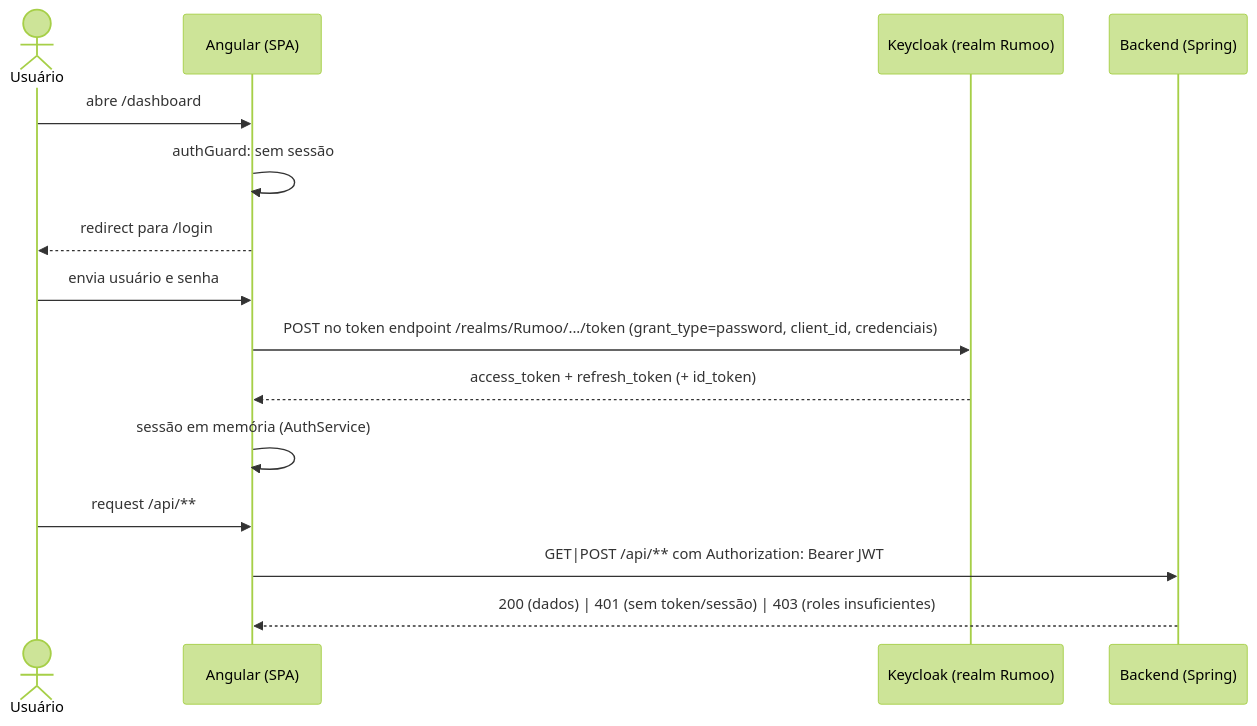
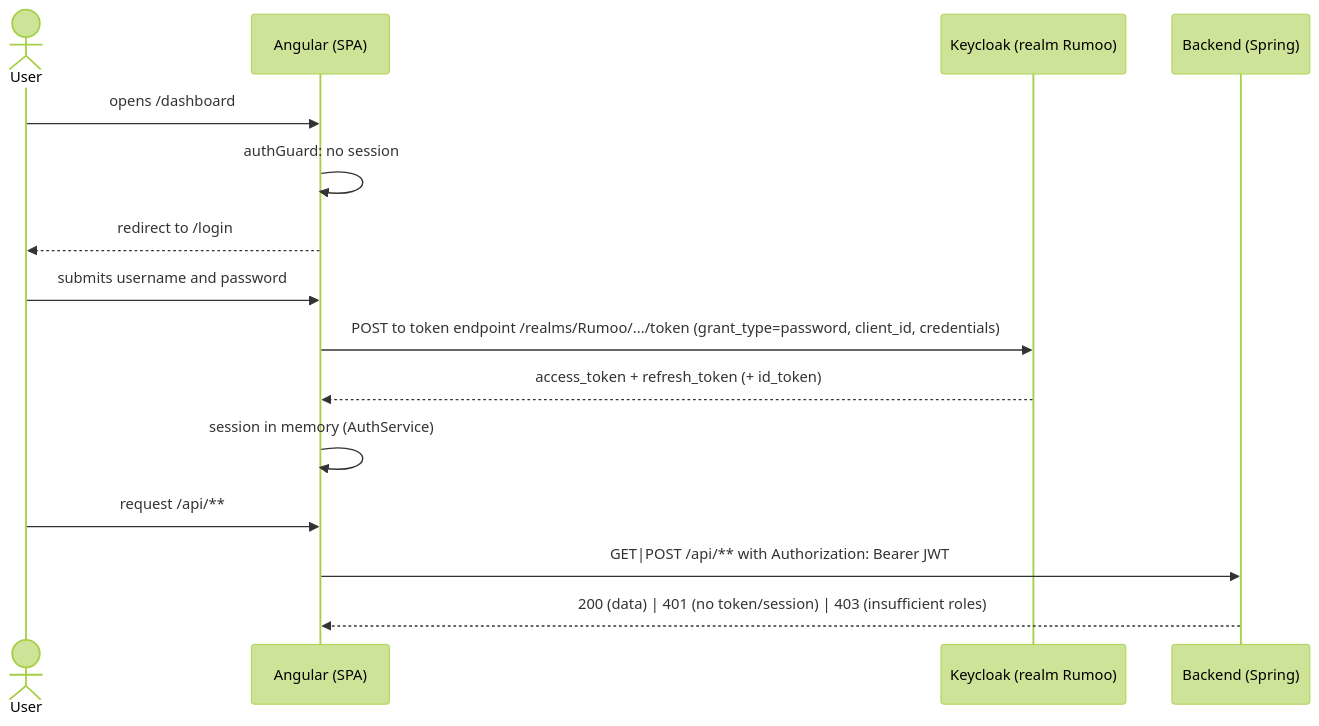
One commit to MatheusWith/Rumoo changed the second of 7 diagrams in docs/auth/authentication-authorization.md. Above: the diagram before and after it, drawn with Mermaid (forest theme). The commit also changed other lines of this file, not shown here.

First line of the commit message:
docs: translate auth reference to English and align it with routes and token contract

````diff
--- a/docs/auth/authentication-authorization.md
+++ b/docs/auth/authentication-authorization.md
@@ -138,18 +143,18 @@
 ```mermaid
 sequenceDiagram
-    actor U as Usuário
+    actor U as User
     participant SPA as Angular (SPA)
     participant KC as Keycloak (realm Rumoo)
     participant BE as Backend (Spring)
 
-    U->>SPA: abre /dashboard
-    SPA->>SPA: authGuard: sem sessão
-    SPA-->>U: redirect para /login
-    U->>SPA: envia usuário e senha
-    SPA->>KC: POST no token endpoint /realms/Rumoo/.../token (grant_type=password, client_id, credenciais)
+    U->>SPA: opens /dashboard
+    SPA->>SPA: authGuard: no session
+    SPA-->>U: redirect to /login
+    U->>SPA: submits username and password
+    SPA->>KC: POST to token endpoint /realms/Rumoo/.../token (grant_type=password, client_id, credentials)
     KC-->>SPA: access_token + refresh_token (+ id_token)
-    SPA->>SPA: sessão em memória (AuthService)
+    SPA->>SPA: session in memory (AuthService)
     U->>SPA: request /api/**
-    SPA->>BE: GET|POST /api/** com Authorization: Bearer JWT
-    BE-->>SPA: 200 (dados) | 401 (sem token/sessão) | 403 (roles insuficientes)
+    SPA->>BE: GET|POST /api/** with Authorization: Bearer JWT
+    BE-->>SPA: 200 (data) | 401 (no token/session) | 403 (insufficient roles)
 ```
````
